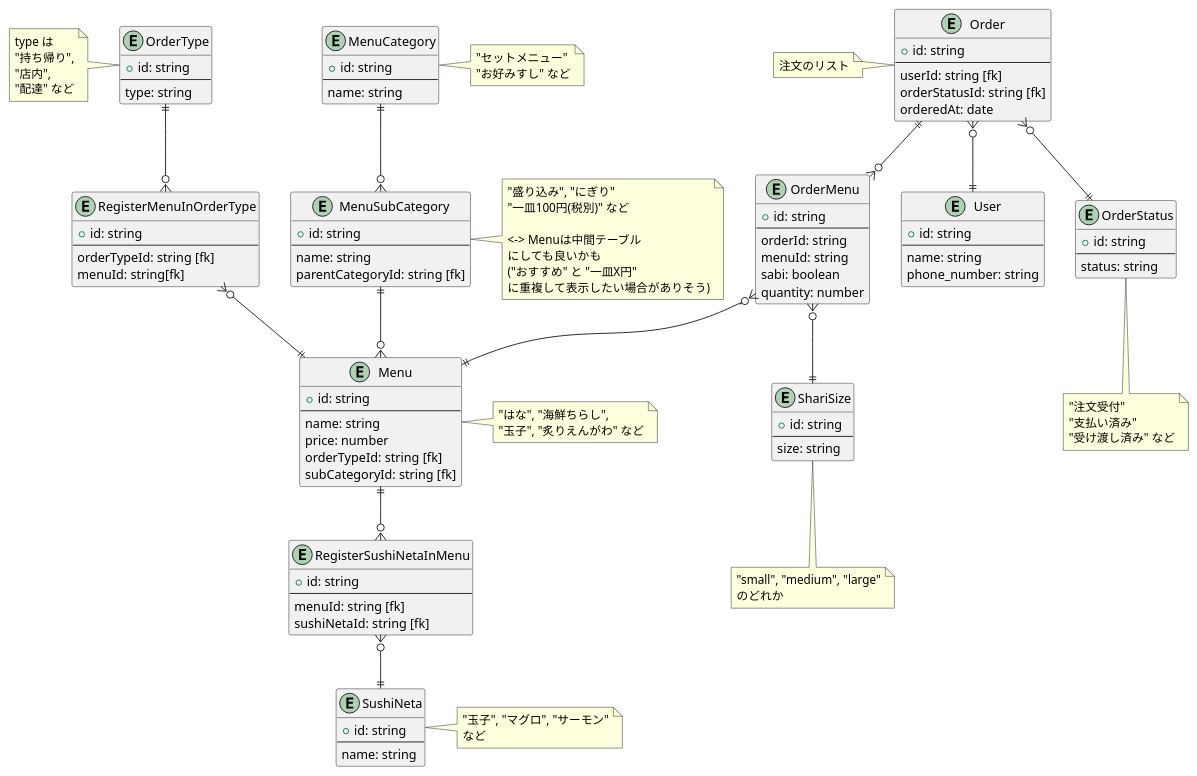
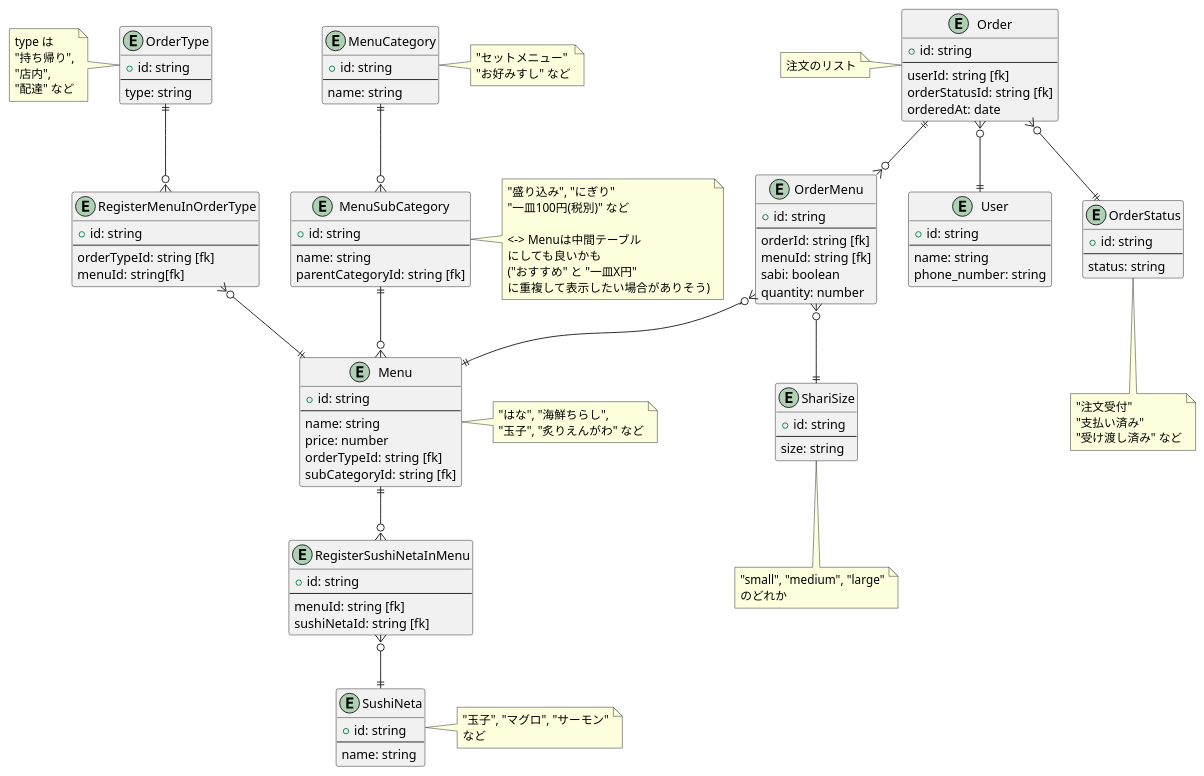
The diagram in 03_データベース/14_DBモデリング1 /DBモデリング1.md (sushidesu/prahachallenge), drawn with PlantUML before and after one commit. The commit also changed 1 other file, not shown here.

Commit message:
FKの記述が抜けていたので修正

```diff
--- a/03_データベース/14_DBモデリング1 /DBモデリング1.md
+++ b/03_データベース/14_DBモデリング1 /DBモデリング1.md
@@ -118,8 +118,8 @@
 Entity OrderMenu {
   + id: string
   --
-  orderId: string
-  menuId: string
+  orderId: string [fk]
+  menuId: string [fk]
   sabi: boolean
   quantity: number
 }
```
